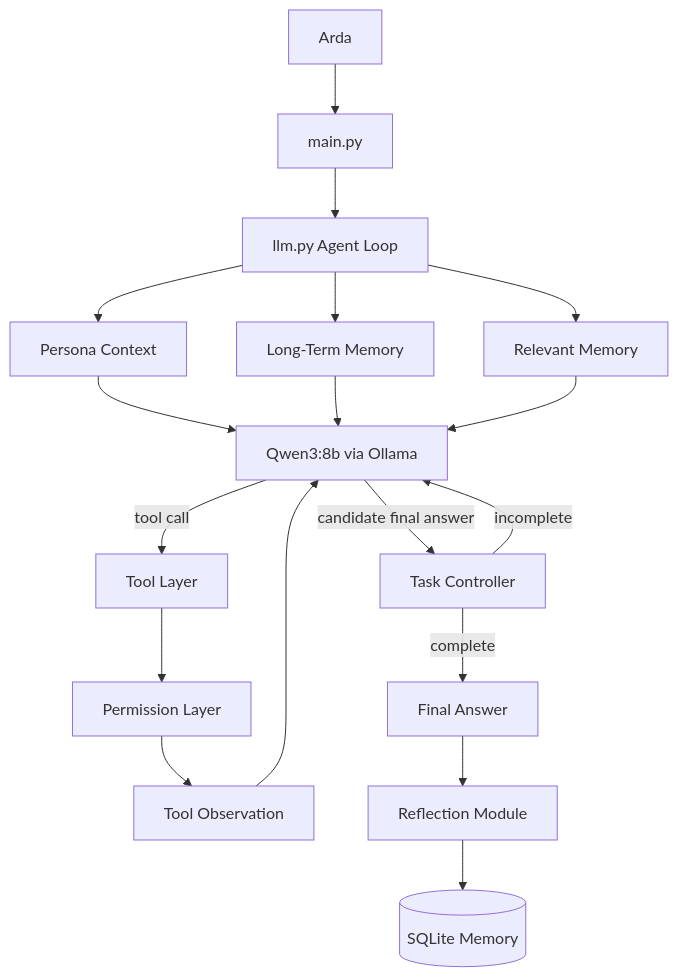
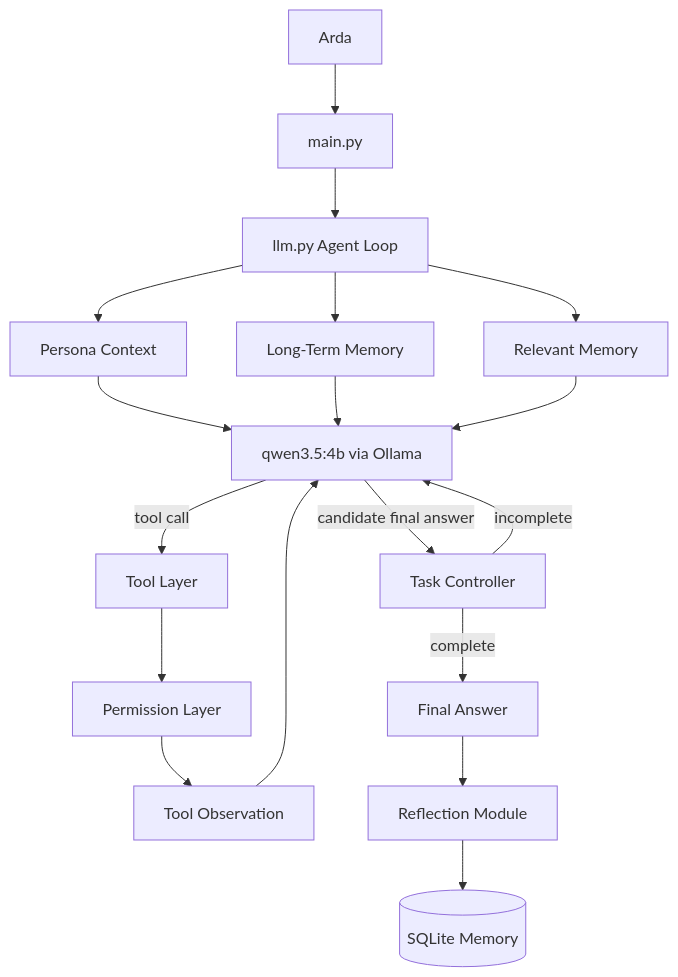
One commit to Arda-Yaz/APERTURE changed the first of 2 diagrams in README.md. Above: the diagram before and after it, drawn with Mermaid. The commit also changed other lines of this file and 5 other files, not shown here.

````diff
--- a/README.md
+++ b/README.md
@@ -248,25 +248,25 @@
 ```mermaid
 flowchart TD
     U[Arda] --> M[main.py]
     M --> L[llm.py Agent Loop]
 
     L --> P[Persona Context]
     L --> MEM[Long-Term Memory]
     L --> RM[Relevant Memory]
 
-    P --> Q[Qwen3:8b via Ollama]
+    P --> Q[qwen3.5:4b via Ollama]
     MEM --> Q
     RM --> Q
 
     Q -->|tool call| T[Tool Layer]
     T --> PERM[Permission Layer]
     PERM --> OBS[Tool Observation]
     OBS --> Q
 
     Q -->|candidate final answer| TC[Task Controller]
     TC -->|incomplete| Q
     TC -->|complete| OUT[Final Answer]
 
     OUT --> REF[Reflection Module]
     REF --> DB[(SQLite Memory)]
 ```
````
